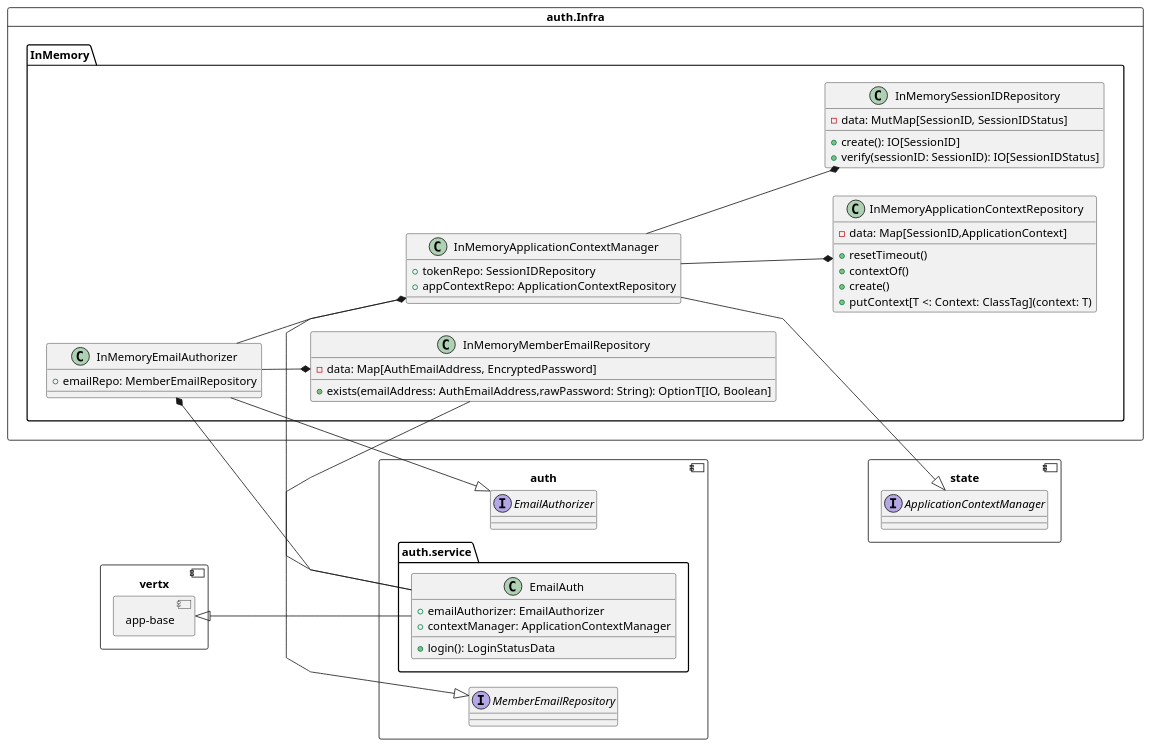
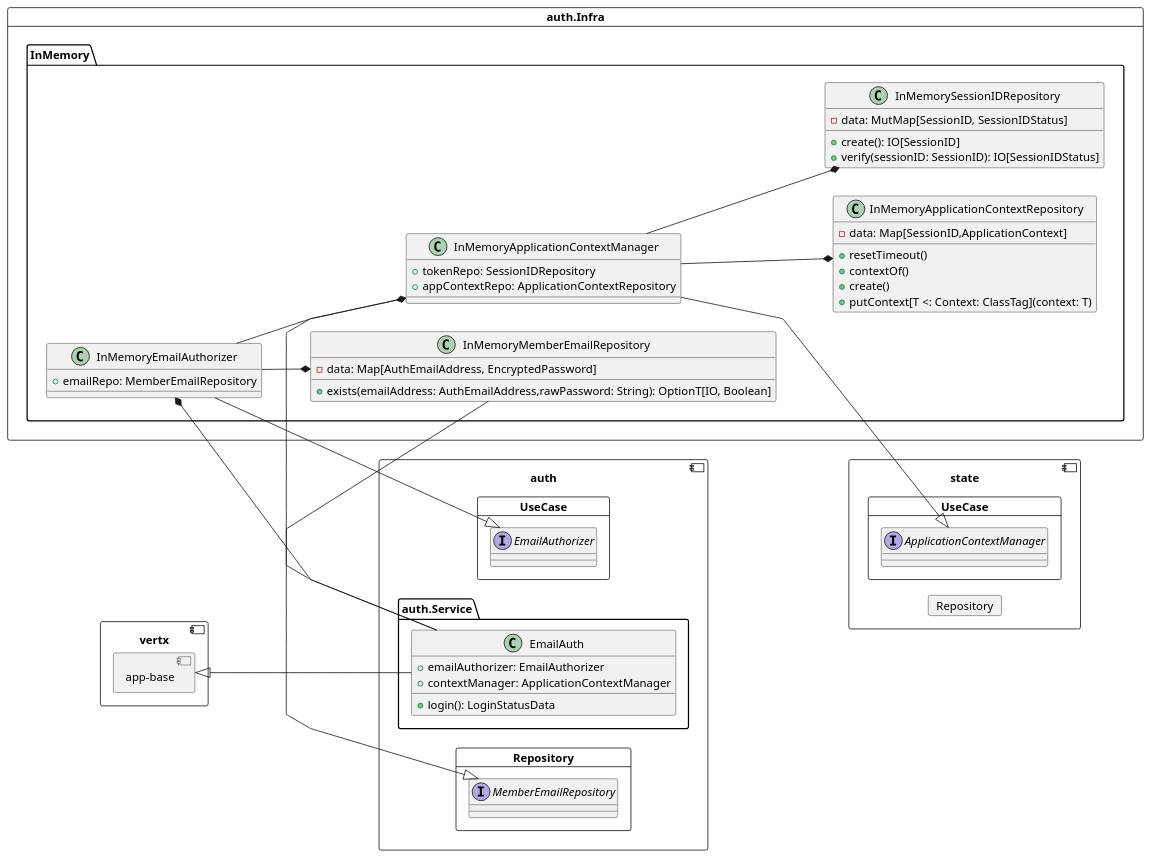
The diagram in docs/uml/part/auth.Infra.puml (aya-eiya/gradle-vertx-sample), drawn with PlantUML before and after one commit. The commit also changed 9 other files, not shown here.

```diff
--- a/docs/uml/part/auth.Infra.puml
+++ b/docs/uml/part/auth.Infra.puml
@@ -1,77 +1,89 @@
 @startuml
 skinparam linetype polyline
 left to right direction
 
 card "auth.Infra" as Infra {
   package "InMemory" as Infra.memory {
     together {
       class "InMemoryApplicationContextManager" as Infra.memory.InMemoryApplicationContextManager {
         +tokenRepo: SessionIDRepository
         +appContextRepo: ApplicationContextRepository
       }
       class "InMemoryApplicationContextRepository" as Infra.memory.InMemoryApplicationContextRepository {
         -data: Map[SessionID,ApplicationContext]
         +resetTimeout()
         +contextOf()
         +create()
         +putContext[T <: Context: ClassTag](context: T)
       }
       class "InMemorySessionIDRepository" as Infra.memory.InMemorySessionIDRepository {
         -data: MutMap[SessionID, SessionIDStatus]
         +create(): IO[SessionID]
         +verify(sessionID: SessionID): IO[SessionIDStatus]
       }
     }
     together {
       class "InMemoryEmailAuthorizer" as Infra.memory.InMemoryEmailAuthorizer {
         +emailRepo: MemberEmailRepository
       }
 
       class "InMemoryMemberEmailRepository" as Infra.memory.InMemoryMemberEmailRepository {
         -data: Map[AuthEmailAddress, EncryptedPassword]
         +exists(emailAddress: AuthEmailAddress,rawPassword: String): OptionT[IO, Boolean]
       }
     }
   }
 }
 
-package "auth.service" as auth.service {
-  class "EmailAuth" as auth.service.EmailAuth {
+package "auth.Service" as auth.Service {
+  class "EmailAuth" as auth.Service.EmailAuth {
     +emailAuthorizer: EmailAuthorizer
     +contextManager: ApplicationContextManager
     +login(): LoginStatusData
   }
 }
 
 component "auth" as auth {
-  interface "MemberEmailRepository" as auth.MemberEmailRepository {
+
+  card "UseCase" as auth.UseCase {
+    interface "EmailAuthorizer" as auth.UseCase.EmailAuthorizer {
+    }
   }
-  interface "EmailAuthorizer" as auth.EmailAuthorizer {
+
+  card "Repository" as auth.Repository {
+    interface "MemberEmailRepository" as auth.Repository.MemberEmailRepository {
+    }
   }
 }
 
-component "state" {
-  interface "ApplicationContextManager" as state.ApplicationContextManager
+
+component "state" as state {
+  card "UseCase" as state.UseCase {
+    interface "ApplicationContextManager" as state.UseCase.ApplicationContextManager
+  }
+
+  card "Repository" as state.Repository {
+  }
 }
 
 component "vertx" {
   component "app-base"{
   }
 }
 
 
-"app-base" <|-- auth.service.EmailAuth
-auth.service.EmailAuth --* Infra.memory.InMemoryEmailAuthorizer
-auth.service.EmailAuth --* Infra.memory.InMemoryApplicationContextManager
+"app-base" <|-- auth.Service.EmailAuth
+auth.Service.EmailAuth --* Infra.memory.InMemoryEmailAuthorizer
+auth.Service.EmailAuth --* Infra.memory.InMemoryApplicationContextManager
 
-Infra.memory.InMemoryEmailAuthorizer --|> auth.EmailAuthorizer
+Infra.memory.InMemoryEmailAuthorizer --|> auth.UseCase.EmailAuthorizer
 Infra.memory.InMemoryEmailAuthorizer --* Infra.memory.InMemoryMemberEmailRepository
-Infra.memory.InMemoryMemberEmailRepository --|> auth.MemberEmailRepository
+Infra.memory.InMemoryMemberEmailRepository --|> auth.Repository.MemberEmailRepository
 
 Infra.memory.InMemoryApplicationContextManager --* Infra.memory.InMemorySessionIDRepository
 Infra.memory.InMemoryApplicationContextManager --* Infra.memory.InMemoryApplicationContextRepository
 
-Infra.memory.InMemoryApplicationContextManager --|> state.ApplicationContextManager
+Infra.memory.InMemoryApplicationContextManager --|> state.UseCase.ApplicationContextManager
 
 Infra.memory.InMemoryEmailAuthorizer -- Infra.memory.InMemoryApplicationContextManager
 @endtuml
```
